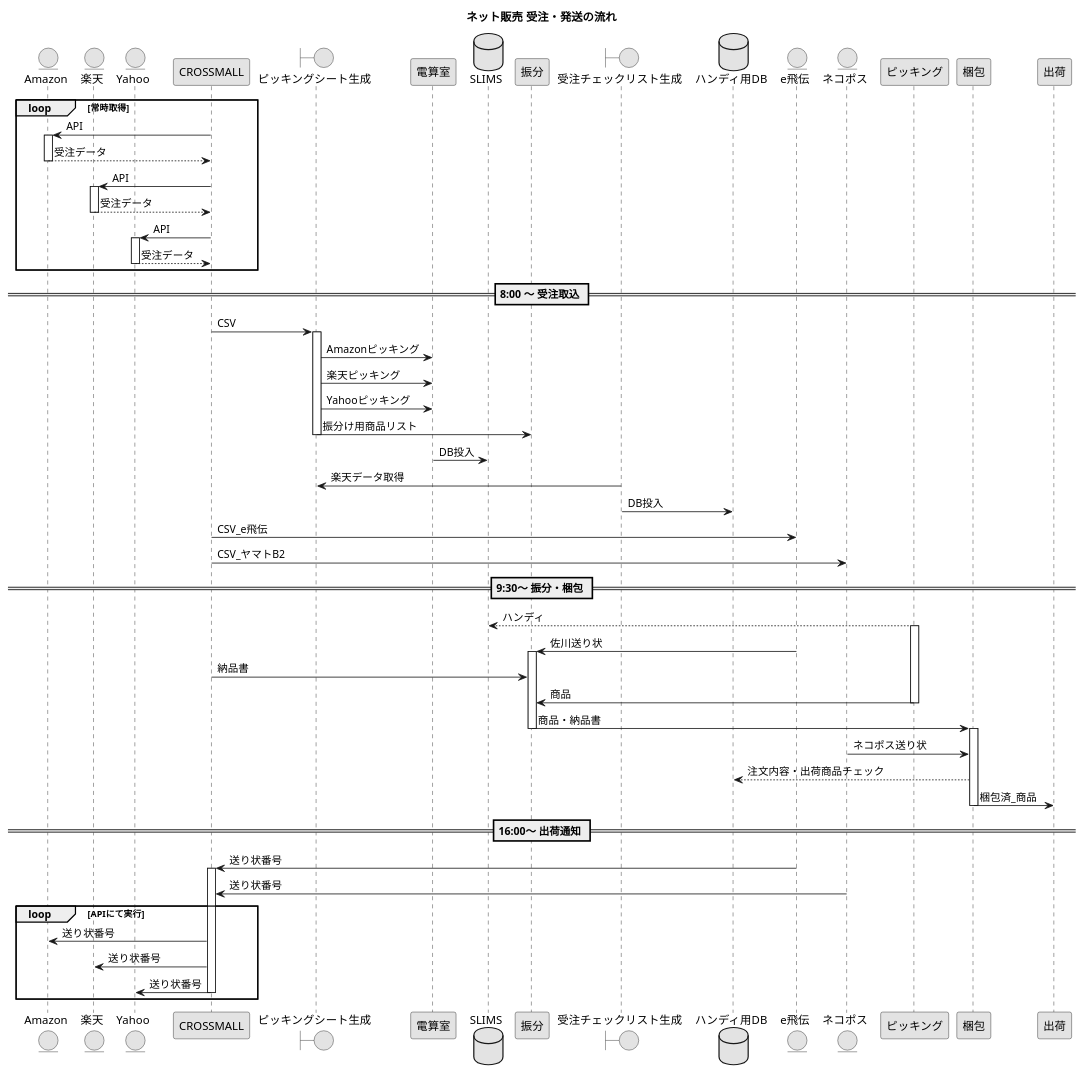
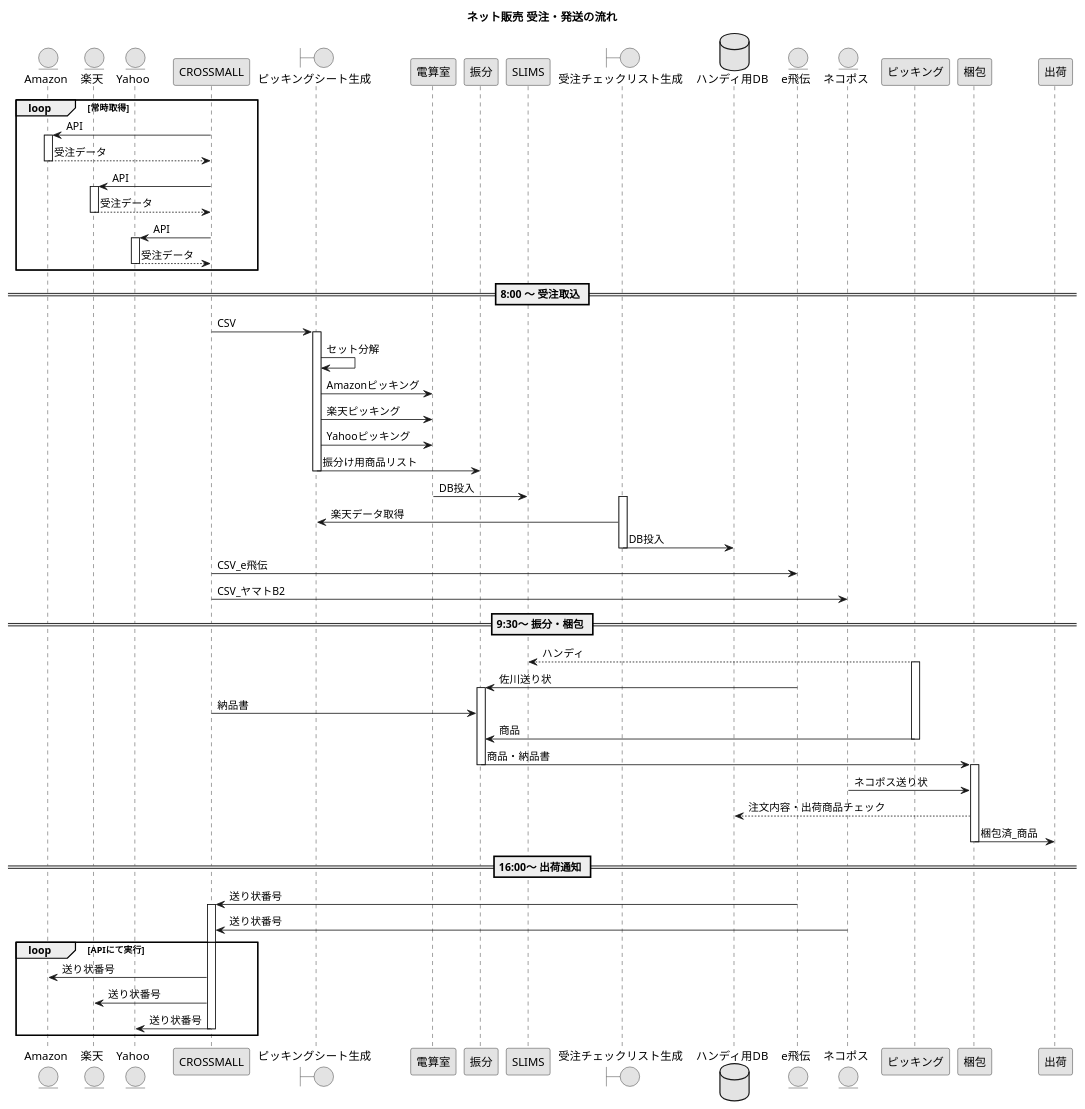
One commit to amunenaga/ec-backyard-macro changed the diagram in recieving_orders_process.puml. Above: the diagram before and after it, drawn with PlantUML. The commit also changed 2 other files, not shown here.

```diff
--- a/recieving_orders_process.puml
+++ b/recieving_orders_process.puml
@@ -1,103 +1,109 @@
 @startuml /uml/recieving_orders_process
 
 skinparam monochrome true
 
 title ネット販売 受注・発送の流れ
 
 entity Amazon
 entity 楽天
 entity Yahoo
 
 Loop 常時取得
 
     Amazon <- CROSSMALL :API
     activate Amazon
     Amazon --> CROSSMALL :受注データ
     deactivate Amazon
 
     楽天 <- CROSSMALL : API
     activate 楽天
     楽天 --> CROSSMALL : 受注データ
     deactivate 楽天
 
     Yahoo <- CROSSMALL : API
     activate Yahoo
     Yahoo --> CROSSMALL : 受注データ
     deactivate Yahoo
 end
 
 deactivate CROSSMALL
 
 == 8:00 ～ 受注取込 ==
 
-    Boundary ピッキングシート生成
+Boundary ピッキングシート生成
+CROSSMALL -> ピッキングシート生成 : CSV
 
-    CROSSMALL -> ピッキングシート生成 : CSV
+activate ピッキングシート生成
 
-    activate ピッキングシート生成   
-        ピッキングシート生成 -> 電算室 : Amazonピッキング
-        ピッキングシート生成 -> 電算室 : 楽天ピッキング
-        ピッキングシート生成 -> 電算室 : Yahooピッキング
-        database SLIMS
-        ピッキングシート生成 -> 振分 : 振分け用商品リスト
-    deactivate ピッキングシート生成
+    ピッキングシート生成 -> ピッキングシート生成 : セット分解
 
-        電算室 -> SLIMS : DB投入
+    ピッキングシート生成 -> 電算室 : Amazonピッキング
+    ピッキングシート生成 -> 電算室 : 楽天ピッキング
+    ピッキングシート生成 -> 電算室 : Yahooピッキング
 
 
+    ピッキングシート生成 -> 振分 : 振分け用商品リスト
+
+deactivate ピッキングシート生成
+
+電算室 -> SLIMS : DB投入
     
-    Boundary 受注チェックリスト生成
+Boundary 受注チェックリスト生成
+
+activate 受注チェックリスト生成
+    ピッキングシート生成 <- 受注チェックリスト生成 : 楽天データ取得
 
     database ハンディ用DB
-    ピッキングシート生成 <- 受注チェックリスト生成 : 楽天データ取得
     受注チェックリスト生成 -> ハンディ用DB :DB投入
 
+deactivate 受注チェックリスト生成
 
-    entity e飛伝
-    entity ネコポス
+entity e飛伝
+entity ネコポス
 
-    CROSSMALL -> e飛伝 :CSV_e飛伝
-    CROSSMALL -> ネコポス :CSV_ヤマトB2
+CROSSMALL -> e飛伝 :CSV_e飛伝
+CROSSMALL -> ネコポス :CSV_ヤマトB2
 
 == 9:30～ 振分・梱包 ==
-    SLIMS <-- ピッキング : ハンディ
-    
-    activate ピッキング
 
-        e飛伝 -> 振分 : 佐川送り状
-    
+SLIMS <-- ピッキング : ハンディ
+
+activate ピッキング
+
+    e飛伝 -> 振分 : 佐川送り状
+
     activate 振分
-    
+
     CROSSMALL -> 振分 : 納品書
     ピッキング -> 振分 : 商品
-        deactivate ピッキング
 
+deactivate ピッキング
 
-        振分 -> 梱包 : 商品・納品書
-    
+    振分 -> 梱包 : 商品・納品書
+
     deactivate 振分
 
-    activate 梱包
+activate 梱包
 
-        ネコポス -> 梱包 : ネコポス送り状
+    ネコポス -> 梱包 : ネコポス送り状
+
+    ハンディ用DB <-- 梱包 : 注文内容・出荷商品チェック
+
+    梱包 -> 出荷 : 梱包済_商品
     
-        ハンディ用DB <-- 梱包 : 注文内容・出荷商品チェック
-
-        梱包 -> 出荷 : 梱包済_商品
-    
-    deactivate 梱包
+deactivate 梱包
 
 == 16:00～ 出荷通知 ==
 
-    e飛伝 -> CROSSMALL : 送り状番号
-    activate CROSSMALL
-    ネコポス -> CROSSMALL : 送り状番号
+e飛伝 -> CROSSMALL : 送り状番号
+activate CROSSMALL
+ネコポス -> CROSSMALL : 送り状番号
 
 Loop APIにて実行
     CROSSMALL -> Amazon : 送り状番号
     CROSSMALL -> 楽天 : 送り状番号
     CROSSMALL -> Yahoo : 送り状番号
     deactivate CROSSMALL
 end
 
 @enduml
```
